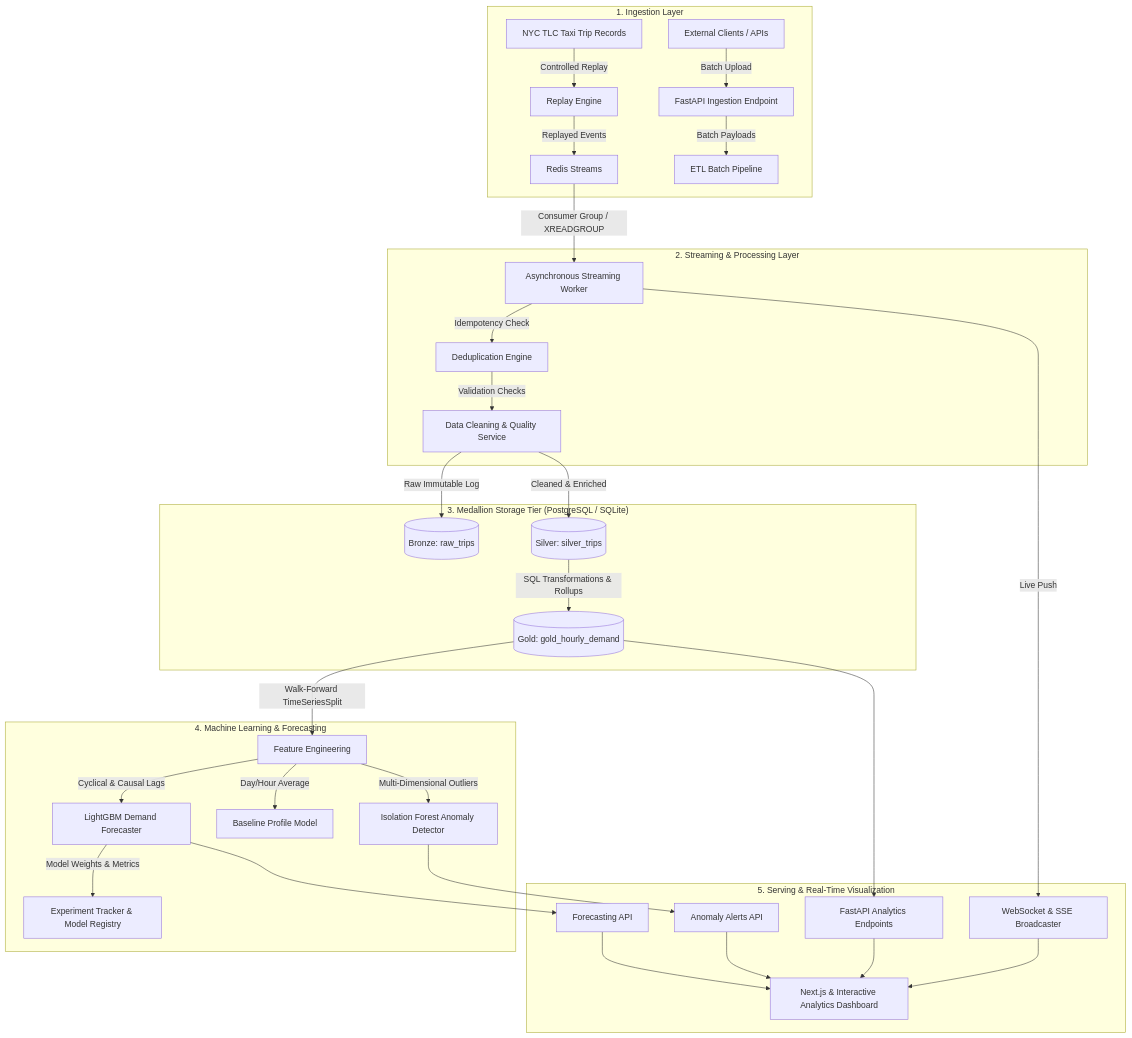
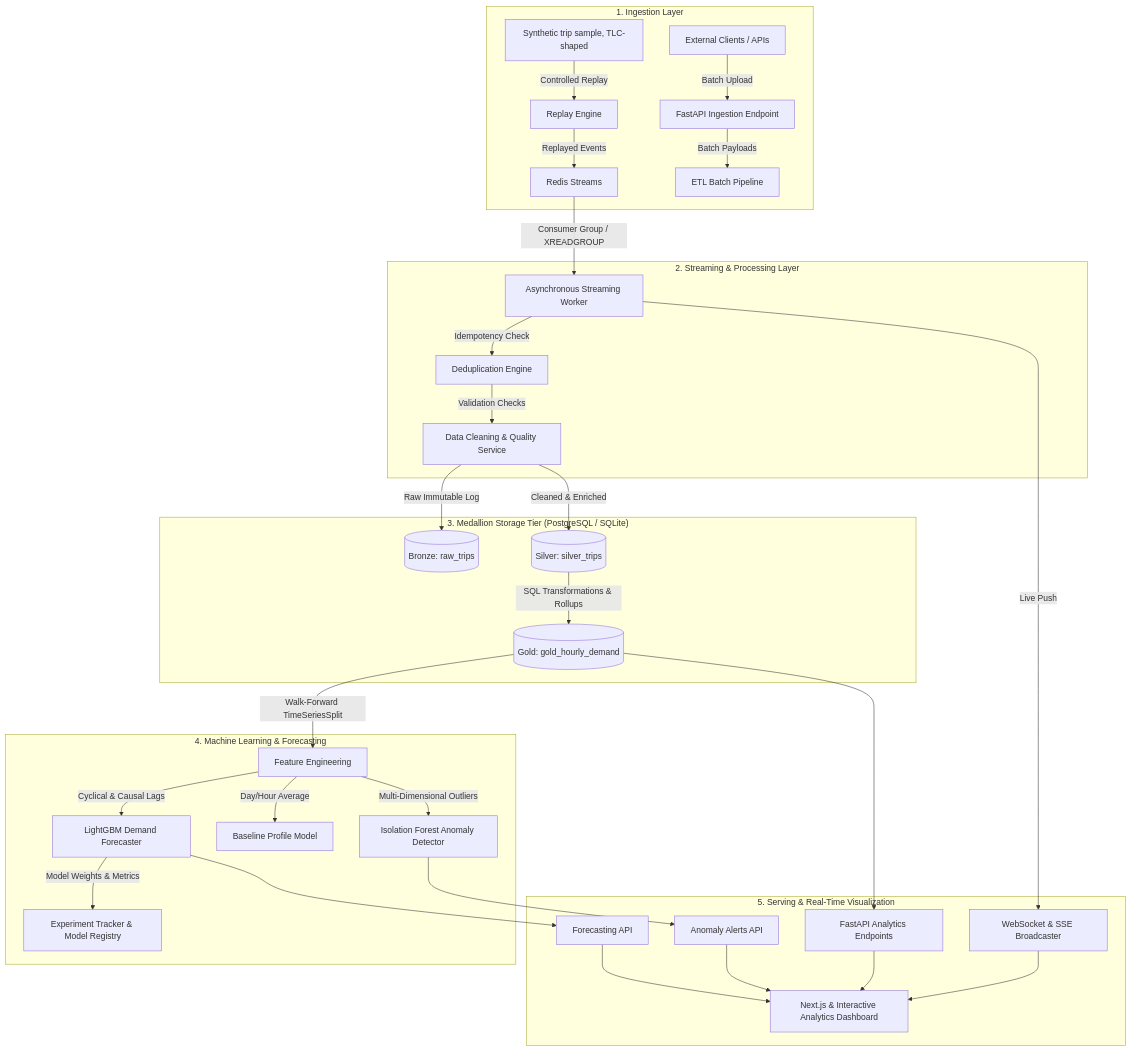
One commit to YahyaLendani/hailcast changed the diagram in docs/architecture.md. Above: the diagram before and after it, drawn with Mermaid. The commit also changed other lines of this file and 61 other files, not shown here.

````diff
--- a/docs/architecture.md
+++ b/docs/architecture.md
@@ -5,40 +5,40 @@
 ```mermaid
 flowchart TD
     subgraph INGESTION ["1. Ingestion Layer"]
-        A1[NYC TLC Taxi Trip Records] -->|Controlled Replay| B1[Replay Engine]
+        A1[Synthetic trip sample, TLC-shaped] -->|Controlled Replay| B1[Replay Engine]
         A2[External Clients / APIs] -->|Batch Upload| B2[FastAPI Ingestion Endpoint]
         B1 -->|Replayed Events| C1[Redis Streams]
         B2 -->|Batch Payloads| C2[ETL Batch Pipeline]
     end
 
     subgraph STREAMING ["2. Streaming & Processing Layer"]
         C1 -->|Consumer Group / XREADGROUP| D1[Asynchronous Streaming Worker]
         D1 -->|Idempotency Check| E1[Deduplication Engine]
         E1 -->|Validation Checks| F1[Data Cleaning & Quality Service]
     end
 
     subgraph STORAGE ["3. Medallion Storage Tier (PostgreSQL / SQLite)"]
         F1 -->|Raw Immutable Log| G1[(Bronze: raw_trips)]
         F1 -->|Cleaned & Enriched| G2[(Silver: silver_trips)]
         G2 -->|SQL Transformations & Rollups| G3[(Gold: gold_hourly_demand)]
     end
 
     subgraph ML ["4. Machine Learning & Forecasting"]
         G3 -->|Walk-Forward TimeSeriesSplit| H1[Feature Engineering]
         H1 -->|Cyclical & Causal Lags| H2[LightGBM Demand Forecaster]
         H1 -->|Day/Hour Average| H3[Baseline Profile Model]
         H1 -->|Multi-Dimensional Outliers| H4[Isolation Forest Anomaly Detector]
         H2 -->|Model Weights & Metrics| I1[Experiment Tracker & Model Registry]
     end
 
     subgraph SERVING ["5. Serving & Real-Time Visualization"]
         G3 --> J1[FastAPI Analytics Endpoints]
         H2 --> J2[Forecasting API]
         H4 --> J3[Anomaly Alerts API]
         D1 -->|Live Push| K1[WebSocket & SSE Broadcaster]
         J1 --> L1[Next.js & Interactive Analytics Dashboard]
         J2 --> L1
         J3 --> L1
         K1 --> L1
     end
 ```
````
